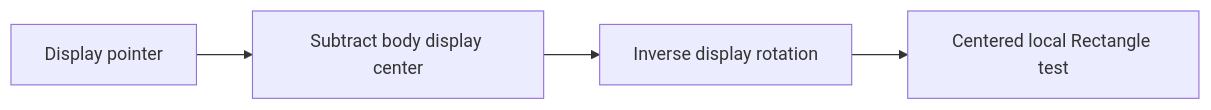
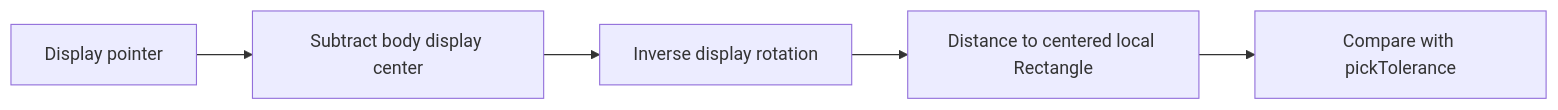
Before and after one commit to fa-ribeiro/vLab2D: the ninth of 11 diagrams in docs/architecture/README.md, drawn with Mermaid. The commit also changed other lines of this file and 7 other files, not shown here.

Commit message:
feat(visualization): add pick tolerance

````diff
--- a/docs/architecture/README.md
+++ b/docs/architecture/README.md
@@ -778,9 +788,10 @@
 ```mermaid
 flowchart LR
     POINT["Display pointer"]
     DELTA["Subtract body display center"]
     LOCAL["Inverse display rotation"]
-    TEST["Centered local Rectangle test"]
+    DIST["Distance to centered local Rectangle"]
+    TOL["Compare with pickTolerance"]
 
-    POINT --> DELTA --> LOCAL --> TEST
+    POINT --> DELTA --> LOCAL --> DIST --> TOL
 ```
````
